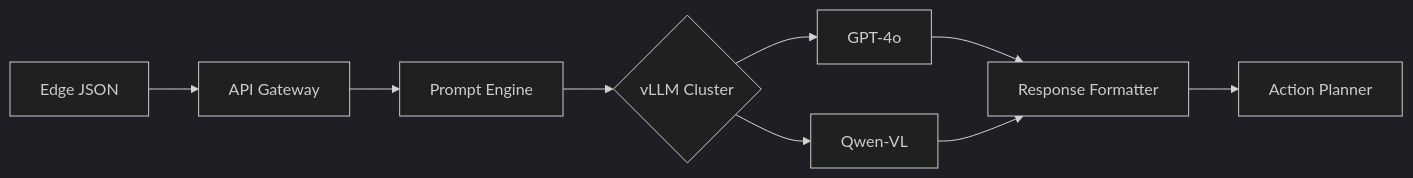
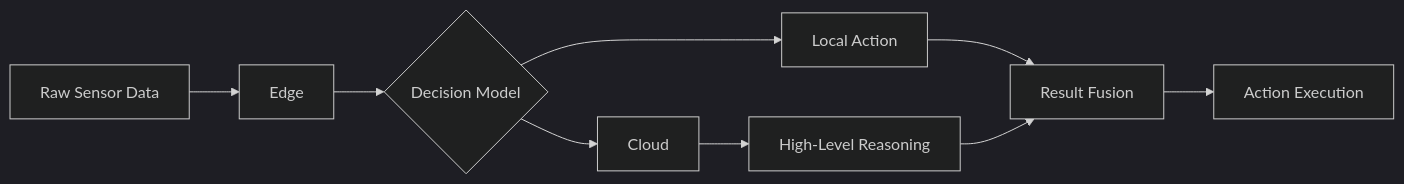
One commit to xiaoyue888/ianvs changed the second of 2 diagrams in docs/proposals/algorithms/joint-inference/Proposal-Toward-Embodied-AI-Applications.md. Above: the diagram before and after it, drawn with Mermaid (dark theme). The commit also changed other lines of this file and 2 other files, not shown here.

````diff
--- a/docs/proposals/algorithms/joint-inference/Proposal-Toward-Embodied-AI-Applications.md
+++ b/docs/proposals/algorithms/joint-inference/Proposal-Toward-Embodied-AI-Applications.md
@@ -135,11 +70,10 @@
 ```mermaid
 flowchart LR
-    A[Edge JSON] --> B[API Gateway]
-    B --> C[Prompt Engine]
-    C --> D{vLLM Cluster}
-    D --> E[GPT-4o]
-    D --> F[Qwen-VL]
-    E --> G[Response Formatter]
-    F --> G
-    G --> H[Action Planner]
+    A[Raw Sensor Data] --> B[Edge]
+    B --> C{Decision Model}
+    C --> D[Cloud]
+    C --> E[Local Action]
+    D --> F[High-Level Reasoning]
+    E & F --> G[Result Fusion]
+    G --> H[Action Execution]
 ```
````
